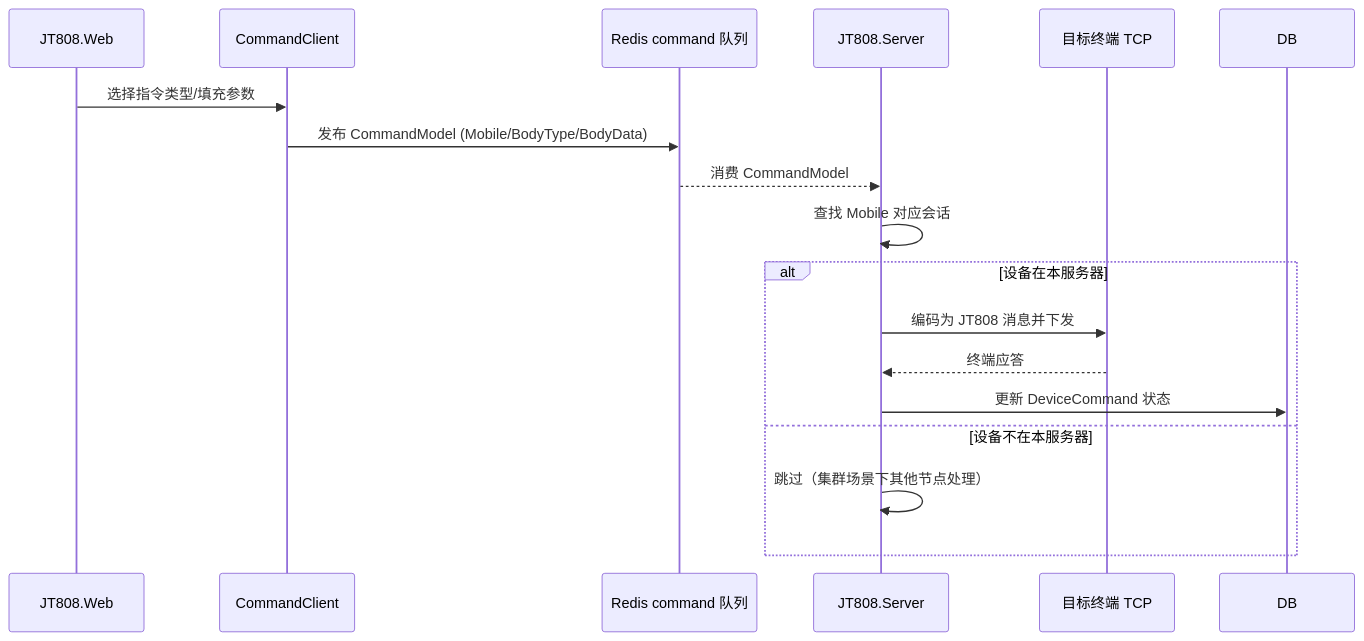
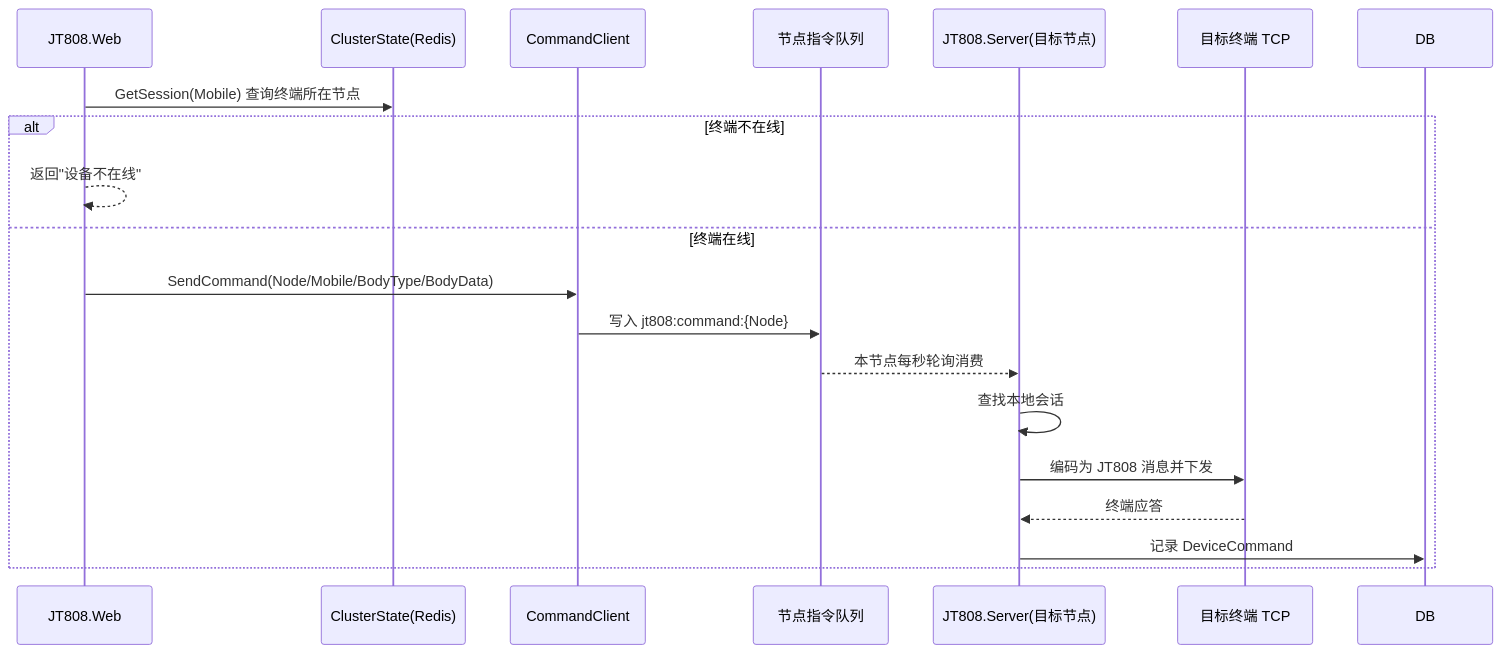
One commit to NewLifeX/NewLife.JT808 changed the fourth of 5 diagrams in Doc/架构设计.md. Above: the diagram before and after it, drawn with Mermaid. The commit also changed other lines of this file and 33 other files, not shown here.

````diff
--- a/Doc/架构设计.md
+++ b/Doc/架构设计.md
@@ -235,20 +235,22 @@
 ```mermaid
 sequenceDiagram
   participant Web as JT808.Web
+  participant Cluster as ClusterState(Redis)
   participant CmdClient as CommandClient
-  participant Redis as Redis command 队列
-  participant Server as JT808.Server
+  participant Queue as 节点指令队列
+  participant Server as JT808.Server(目标节点)
   participant TCP2 as 目标终端 TCP
 
-  Web->>CmdClient: 选择指令类型/填充参数
-  CmdClient->>Redis: 发布 CommandModel (Mobile/BodyType/BodyData)
-  Redis-->>Server: 消费 CommandModel
-  Server->>Server: 查找 Mobile 对应会话
-  alt 设备在本服务器
+  Web->>Cluster: GetSession(Mobile) 查询终端所在节点
+  alt 终端不在线
+    Web-->>Web: 返回"设备不在线"
+  else 终端在线
+    Web->>CmdClient: SendCommand(Node/Mobile/BodyType/BodyData)
+    CmdClient->>Queue: 写入 jt808:command:{Node}
+    Queue-->>Server: 本节点每秒轮询消费
+    Server->>Server: 查找本地会话
     Server->>TCP2: 编码为 JT808 消息并下发
     TCP2-->>Server: 终端应答
-    Server->>DB: 更新 DeviceCommand 状态
-  else 设备不在本服务器
-    Server->>Server: 跳过（集群场景下其他节点处理）
+    Server->>DB: 记录 DeviceCommand
   end
 ```
````
